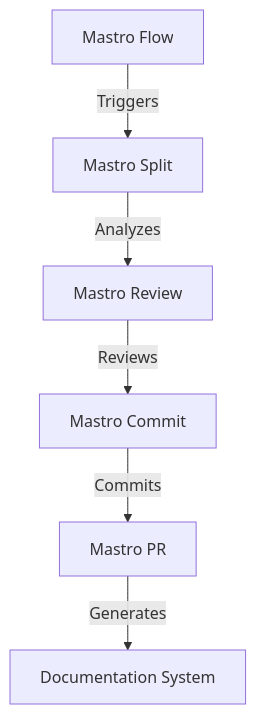
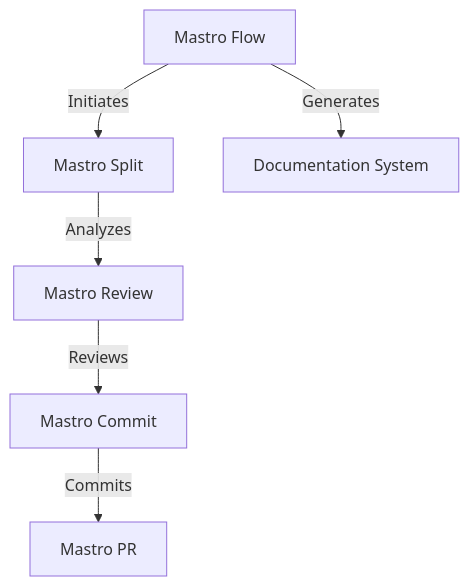
One commit to geogoesbeepboop/refiner changed the second of 3 diagrams in docs/architecture.md. Above: the diagram before and after it, drawn with Mermaid. The commit also changed other lines of this file and 6 other files, not shown here.

````diff
--- a/docs/architecture.md
+++ b/docs/architecture.md
@@ -145,8 +135,8 @@
 ```mermaid
 graph TD;
-    A[Mastro Flow] -->|Triggers| B[Mastro Split];
+    A[Mastro Flow] -->|Initiates| B[Mastro Split];
     B -->|Analyzes| C[Mastro Review];
     C -->|Reviews| D[Mastro Commit];
     D -->|Commits| E[Mastro PR];
-    E -->|Generates| F[Documentation System];
+    A -->|Generates| F[Documentation System];
 ```
````
